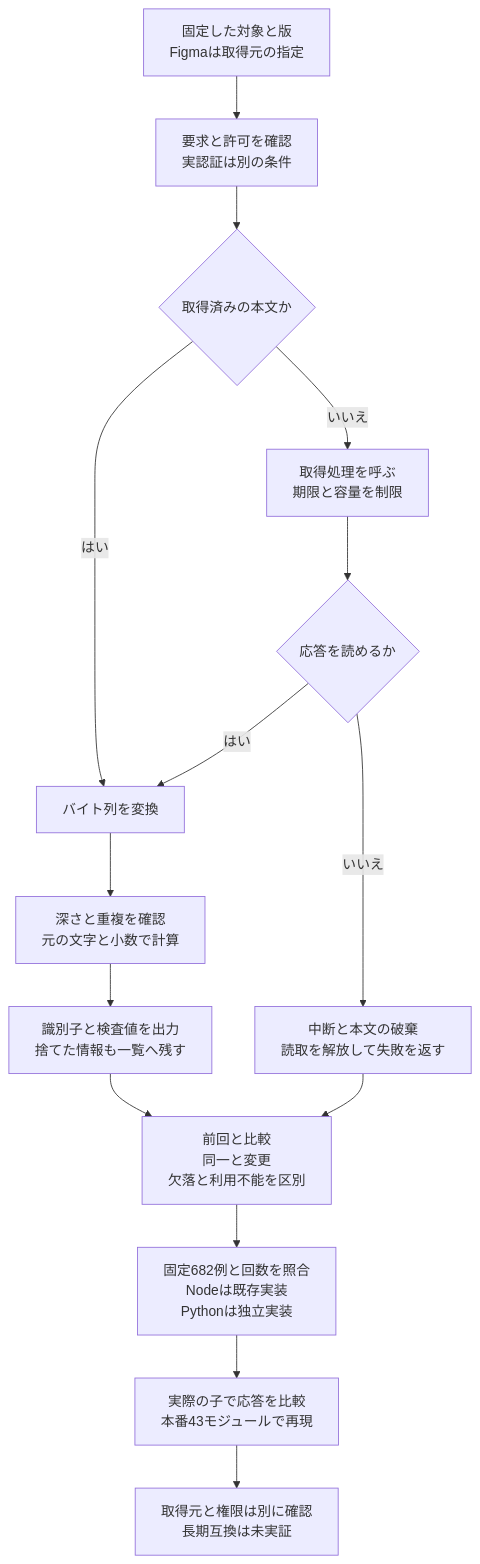
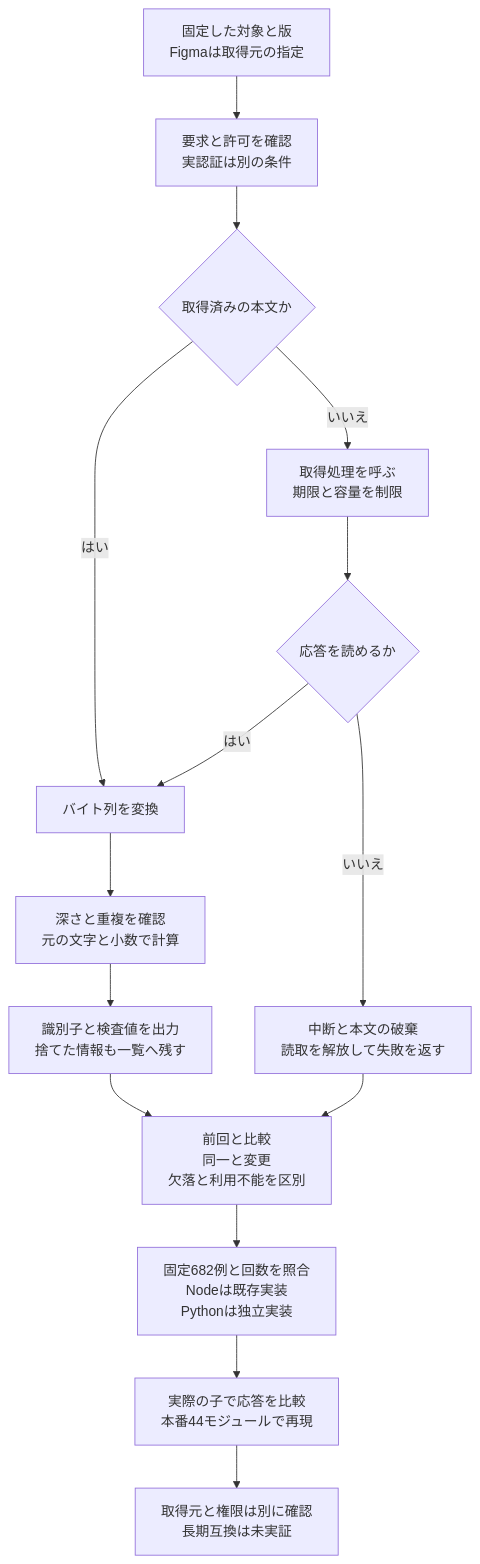
Before and after one commit to koukemo/morivyx: the diagram in docs/diagrams/python-figma-import.mmd, drawn with Mermaid. The commit also changed 36 other files, not shown here.

```diff
--- a/docs/diagrams/python-figma-import.mmd
+++ b/docs/diagrams/python-figma-import.mmd
@@ -1,15 +1,15 @@
 flowchart TD
   A[固定した対象と版<br/>Figmaは取得元の指定] --> B[要求と許可を確認<br/>実認証は別の条件]
   B --> C{取得済みの本文か}
   C -->|はい| D[バイト列を変換]
   C -->|いいえ| E[取得処理を呼ぶ<br/>期限と容量を制限]
   E --> F{応答を読めるか}
   F -->|いいえ| G[中断と本文の破棄<br/>読取を解放して失敗を返す]
   F -->|はい| D
   D --> H[深さと重複を確認<br/>元の文字と小数で計算]
   H --> I[識別子と検査値を出力<br/>捨てた情報も一覧へ残す]
   I --> J[前回と比較<br/>同一と変更<br/>欠落と利用不能を区別]
   G --> J
   J --> K[固定682例と回数を照合<br/>Nodeは既存実装<br/>Pythonは独立実装]
-  K --> L[実際の子で応答を比較<br/>本番43モジュールで再現]
+  K --> L[実際の子で応答を比較<br/>本番44モジュールで再現]
   L --> M[取得元と権限は別に確認<br/>長期互換は未実証]
```
